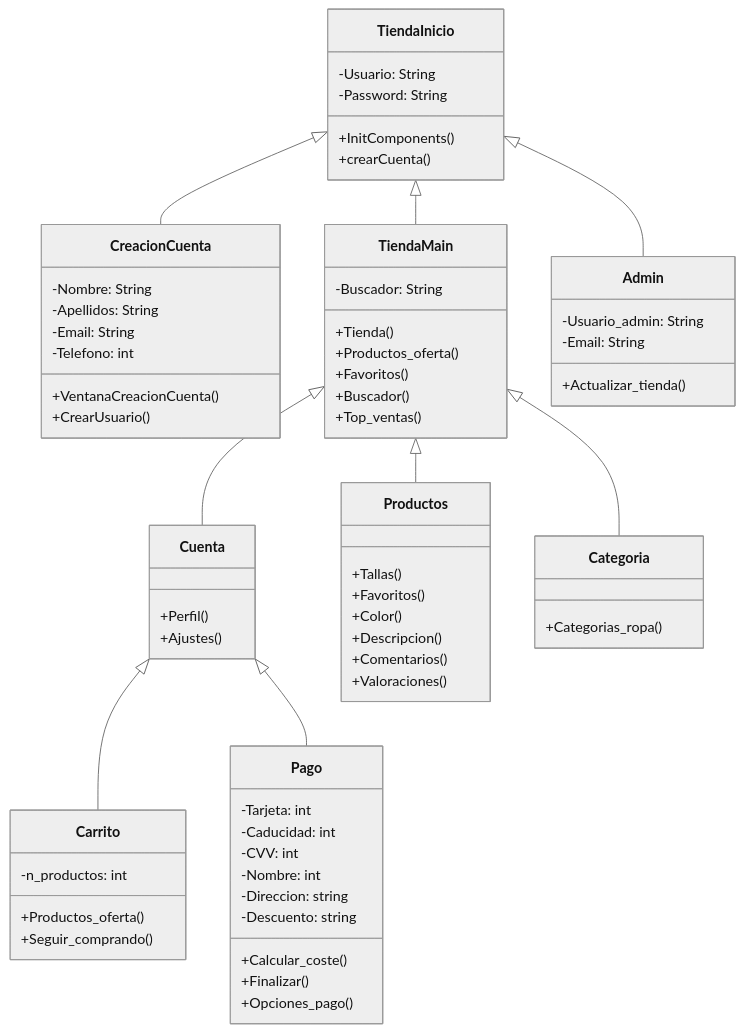
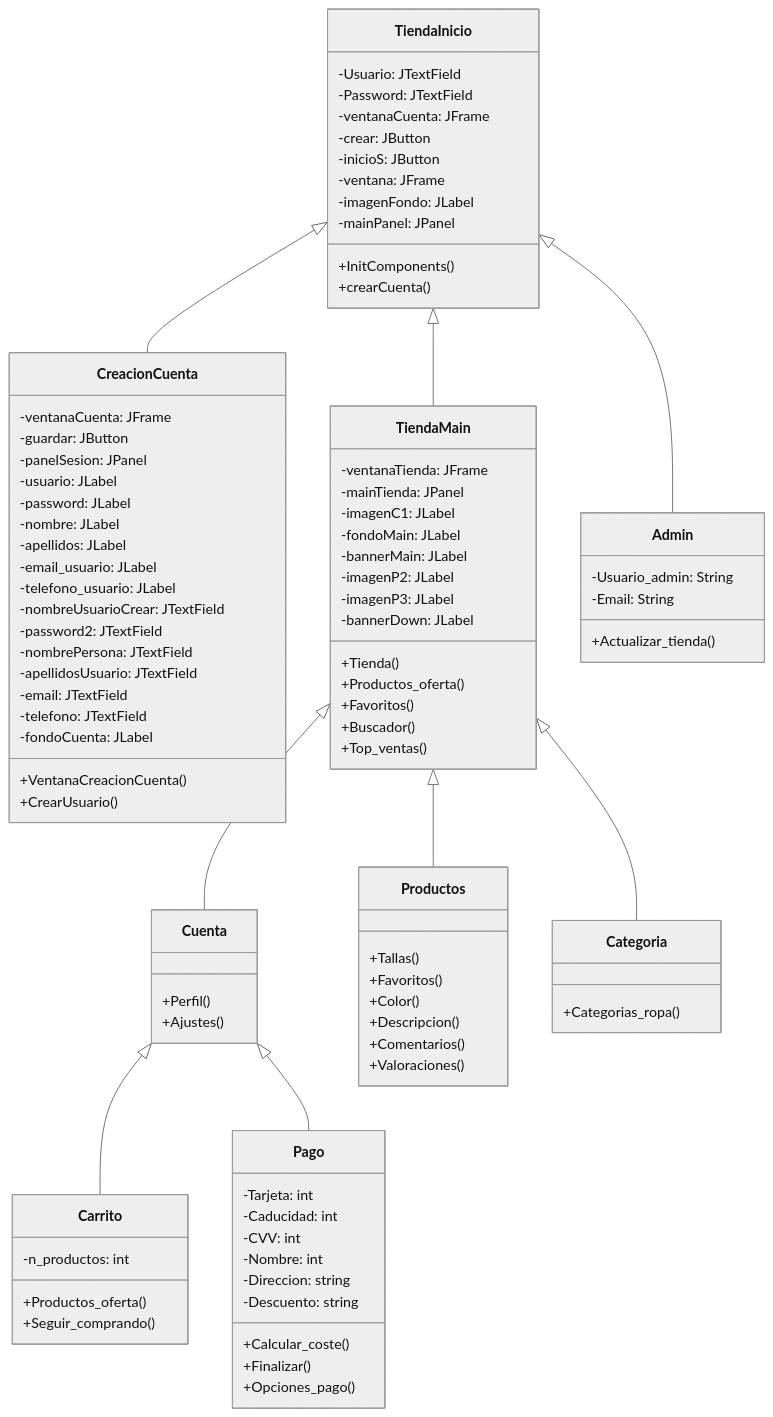
The diagram in README.md (Dolcecola/Paradise), drawn with Mermaid (neutral theme) before and after one commit.

```diff
--- a/README.md
+++ b/README.md
@@ -14,17 +14,36 @@
 Cuenta <|--Pago
 
 class TiendaInicio{
-	-Usuario: String
-	-Password: String
+	-Usuario: JTextField
+	-Password: JTextField
+	-ventanaCuenta: JFrame
+	-crear: JButton
+	-inicioS: JButton
+	-ventana: JFrame
+	-imagenFondo: JLabel
+	-mainPanel: JPanel
 	+InitComponents()
 	+crearCuenta()
 }
 
 class CreacionCuenta{
-	-Nombre: String
-	-Apellidos: String
-	-Email: String
-	-Telefono: int
+	-ventanaCuenta: JFrame
+	-guardar: JButton
+	-panelSesion: JPanel
+	-usuario: JLabel
+	-password: JLabel
+	-nombre: JLabel
+	-apellidos: JLabel
+	-email_usuario: JLabel
+	-telefono_usuario: JLabel
+	-nombreUsuarioCrear: JTextField
+	-password2: JTextField
+	-nombrePersona: JTextField
+	-apellidosUsuario: JTextField
+	-email: JTextField
+	-telefono: JTextField
+	-fondoCuenta: JLabel
+
 	+VentanaCreacionCuenta()
 	+CrearUsuario()
 }
@@ -36,7 +55,15 @@
 }
 
 class TiendaMain{
-	-Buscador: String
+	-ventanaTienda: JFrame
+	-mainTienda: JPanel
+	-imagenC1: JLabel
+	-fondoMain: JLabel
+	-bannerMain: JLabel
+	-imagenP2: JLabel
+	-imagenP3: JLabel
+	-bannerDown: JLabel
+
 	+Tienda()
 	+Productos_oferta()
 	+Favoritos()
```
